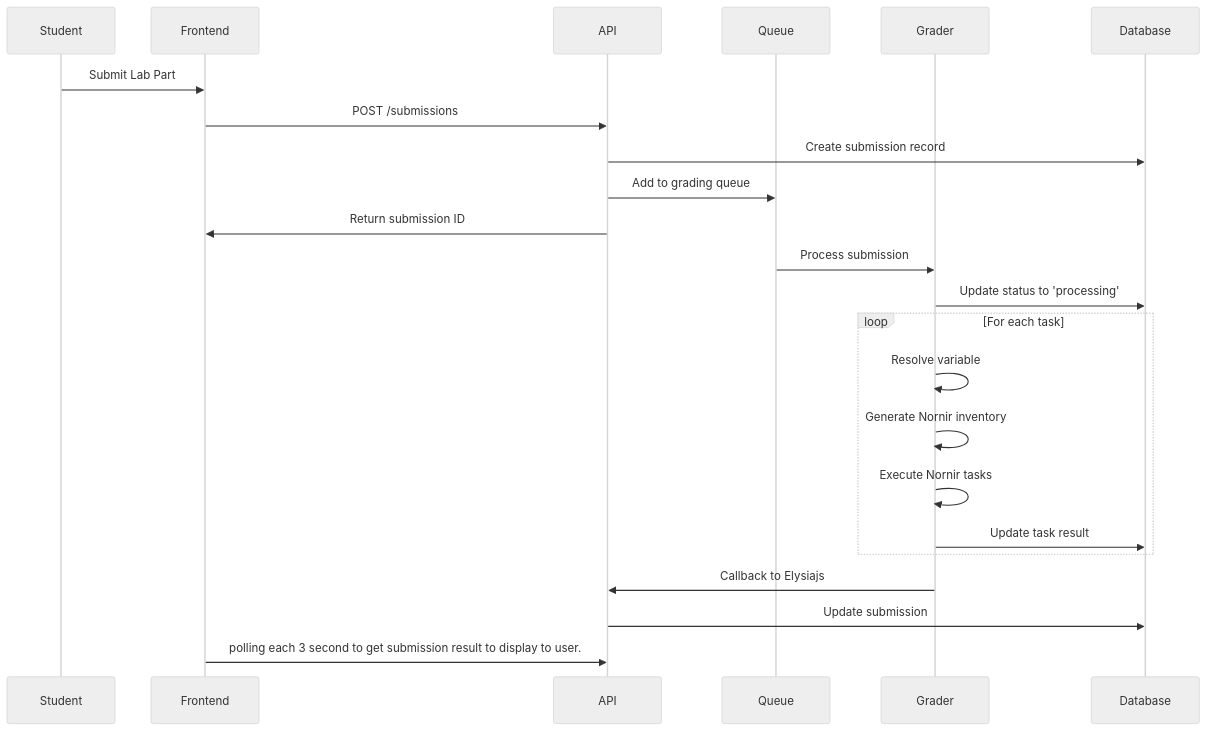
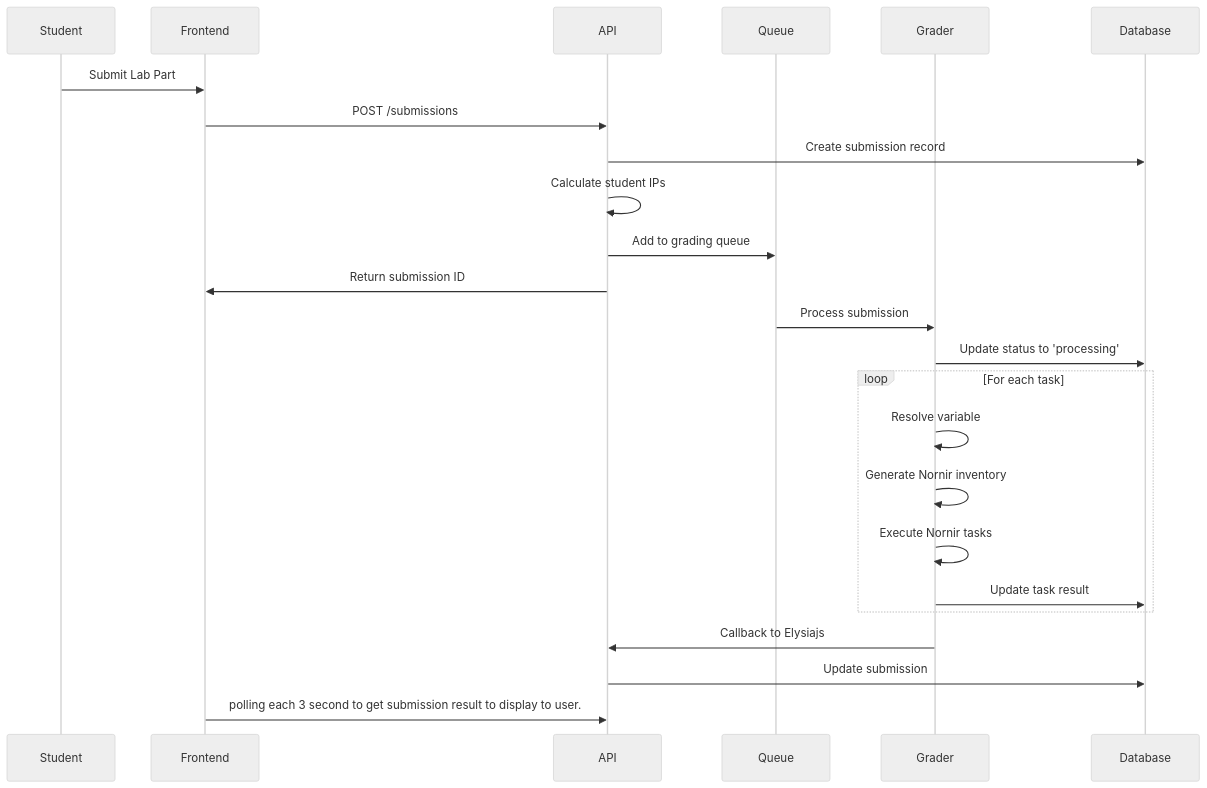
One commit to ITKMITL-NetworkGrader/netgrader-backend-elysia changed the diagram in IMPLEMENTATION_GUIDE.MD. Above: the diagram before and after it, drawn with Mermaid (neutral theme). The commit also changed other lines of this file and 3 other files, not shown here.

````diff
--- a/IMPLEMENTATION_GUIDE.MD
+++ b/IMPLEMENTATION_GUIDE.MD
@@ -476,29 +481,30 @@
 ```mermaid
 sequenceDiagram
     participant Student
     participant Frontend
     participant API
     participant Queue
     participant Grader
     participant Database
     
     Student->>Frontend: Submit Lab Part
     Frontend->>API: POST /submissions
     API->>Database: Create submission record
+    API->>API: Calculate student IPs
     API->>Queue: Add to grading queue
     API->>Frontend: Return submission ID
     
     Queue->>Grader: Process submission
     Grader->>Database: Update status to 'processing'
     
     loop For each task
         Grader->>Grader: Resolve variable
         Grader->>Grader: Generate Nornir inventory
         Grader->>Grader: Execute Nornir tasks
         Grader->>Database: Update task result
     end
     
     Grader->>API: Callback to Elysiajs
     API->>Database: Update submission
     Frontend->>API: polling each 3 second to get submission result to display to user.
 ```
````
